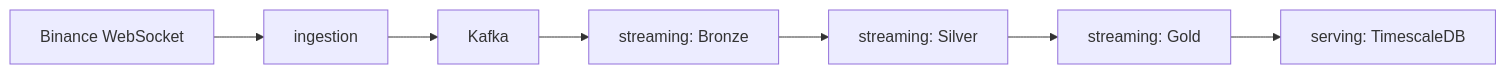
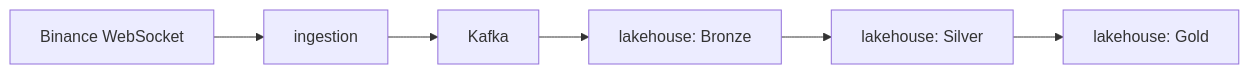
Before and after one commit to javier-fraga-garcia/mde-ucm-tfm-crypto: the diagram in README.md, drawn with Mermaid. The commit also changed other lines of this file and 1 other file, not shown here.

````diff
--- a/README.md
+++ b/README.md
@@ -21,9 +21,8 @@
 ```mermaid
 flowchart LR
     A[Binance WebSocket] --> B[ingestion]
     B --> C[Kafka]
-    C --> D[streaming: Bronze]
-    D --> E[streaming: Silver]
-    E --> F[streaming: Gold]
-    F --> G[serving: TimescaleDB]
+    C --> D[lakehouse: Bronze]
+    D --> E[lakehouse: Silver]
+    E --> F[lakehouse: Gold]
 ```
````
